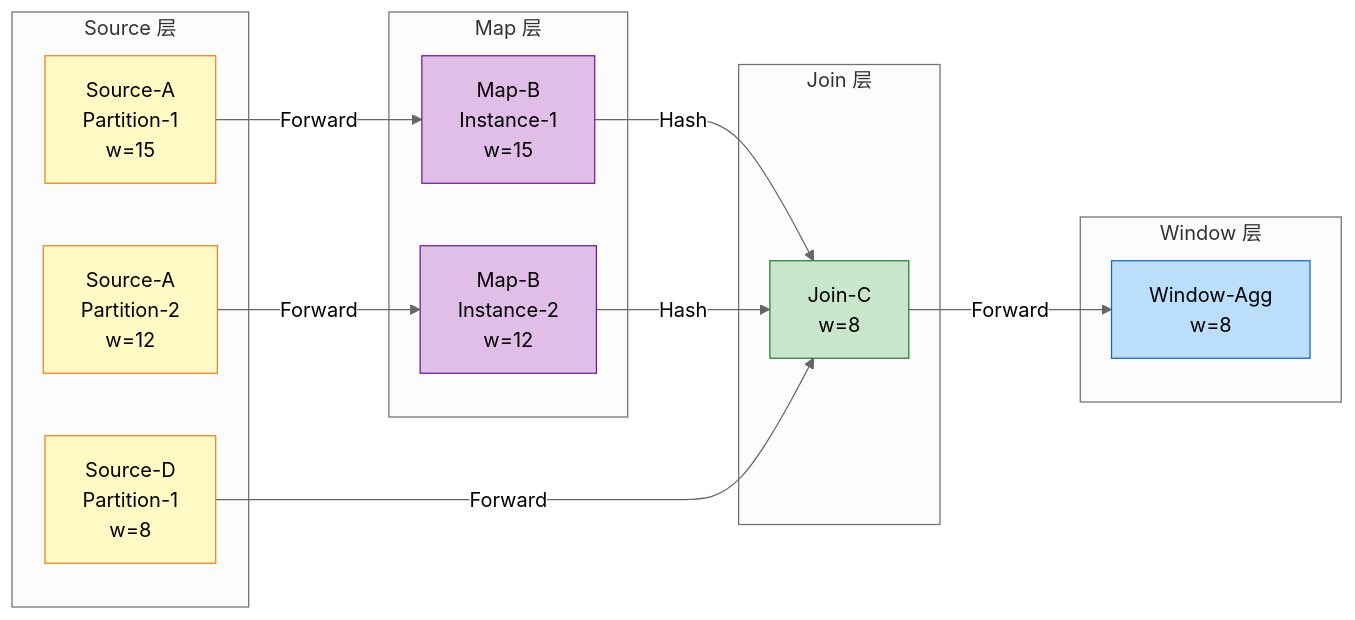
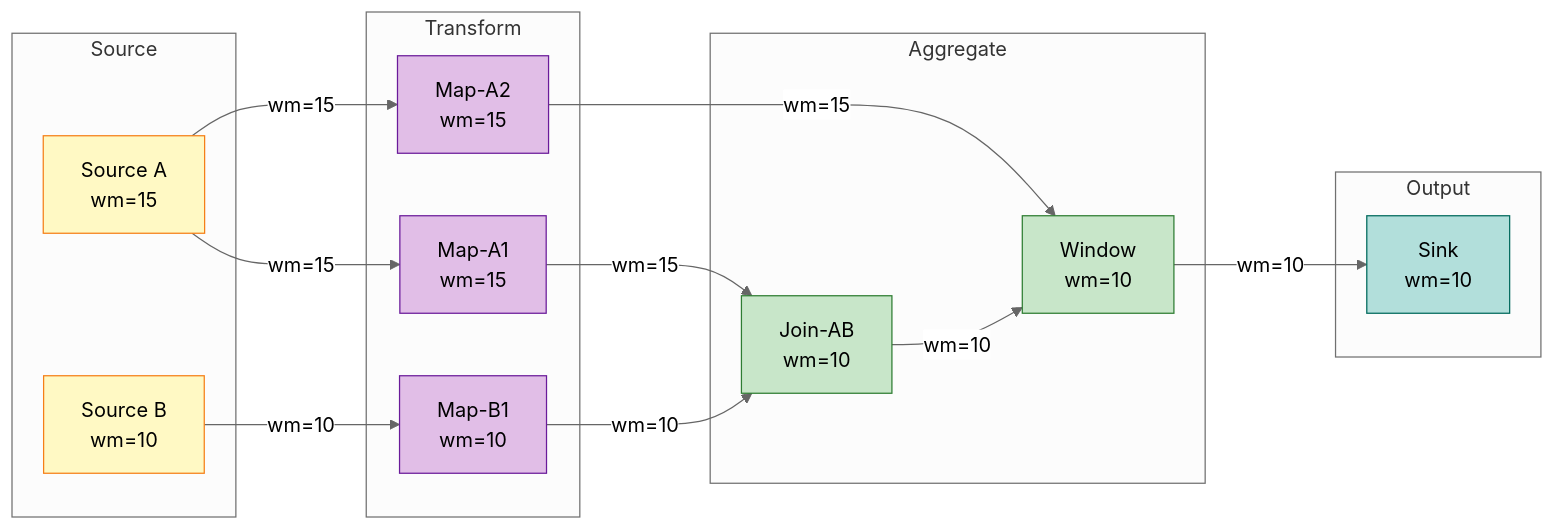
The diagram in Struct/02-properties/02.03-watermark-monotonicity.md (AdaMartin18010/AnalysisDataFlow), drawn with Mermaid (neutral theme) before and after one commit. The commit also changed other lines of this file and 8 other files, not shown here.

````diff
--- a/Struct/02-properties/02.03-watermark-monotonicity.md
+++ b/Struct/02-properties/02.03-watermark-monotonicity.md
@@ -229,36 +337,43 @@
 ```mermaid
 graph LR
-    subgraph "Source 层"
-        SA1[Source-A<br/>Partition-1<br/>w=15]
-        SA2[Source-A<br/>Partition-2<br/>w=12]
-        SD[Source-D<br/>Partition-1<br/>w=8]
+    subgraph "Source"
+        S1[Source A<br/>wm=15]
+        S2[Source B<br/>wm=10]
     end
 
-    subgraph "Map 层"
-        MB1[Map-B<br/>Instance-1<br/>w=15]
-        MB2[Map-B<br/>Instance-2<br/>w=12]
+    subgraph "Transform"
+        M1[Map-A1<br/>wm=15]
+        M2[Map-A2<br/>wm=15]
+        M3[Map-B1<br/>wm=10]
     end
 
-    subgraph "Join 层"
-        JC[Join-C<br/>w=8]
+    subgraph "Aggregate"
+        J1[Join-AB<br/>wm=10]
+        W1[Window<br/>wm=10]
     end
 
-    subgraph "Window 层"
-        WD[Window-Agg<br/>w=8]
+    subgraph "Output"
+        SNK[Sink<br/>wm=10]
     end
 
-    SA1 -->|Forward| MB1
-    SA2 -->|Forward| MB2
-    MB1 -->|Hash| JC
-    MB2 -->|Hash| JC
-    SD -->|Forward| JC
-    JC -->|Forward| WD
+    S1 -->|wm=15| M1
+    S1 -->|wm=15| M2
+    S2 -->|wm=10| M3
 
-    style SA1 fill:#fff9c4,stroke:#f57f17
-    style SA2 fill:#fff9c4,stroke:#f57f17
-    style SD fill:#fff9c4,stroke:#f57f17
-    style MB1 fill:#e1bee7,stroke:#6a1b9a
-    style MB2 fill:#e1bee7,stroke:#6a1b9a
-    style JC fill:#c8e6c9,stroke:#2e7d32
-    style WD fill:#bbdefb,stroke:#1565c0
+    M1 -->|wm=15| J1
+    M3 -->|wm=10| J1
+
+    M2 -->|wm=15| W1
+    J1 -->|wm=10| W1
+
+    W1 -->|wm=10| SNK
+
+    style S1 fill:#fff9c4,stroke:#f57f17
+    style S2 fill:#fff9c4,stroke:#f57f17
+    style M1 fill:#e1bee7,stroke:#6a1b9a
+    style M2 fill:#e1bee7,stroke:#6a1b9a
+    style M3 fill:#e1bee7,stroke:#6a1b9a
+    style J1 fill:#c8e6c9,stroke:#2e7d32
+    style W1 fill:#c8e6c9,stroke:#2e7d32
+    style SNK fill:#b2dfdb,stroke:#00695c
 ```
````
